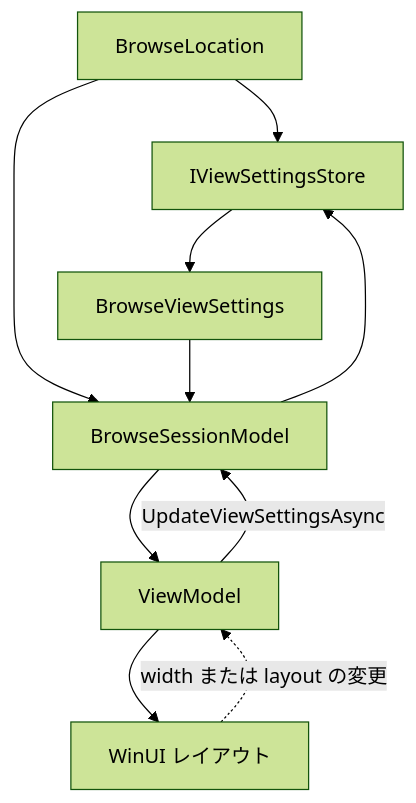
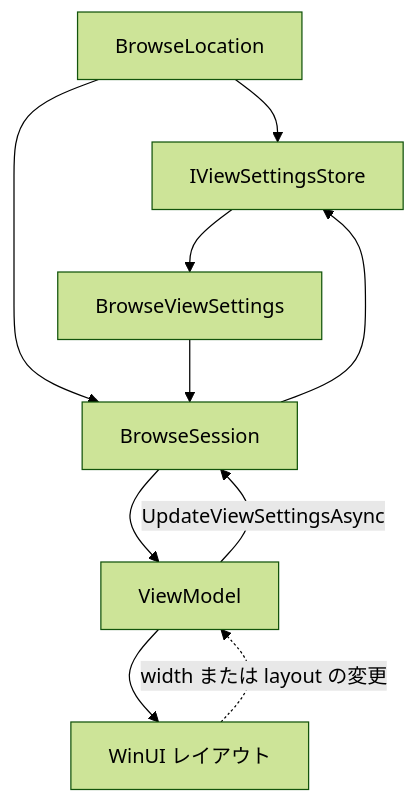
One commit to 0x5bfa/ReFiles changed the first of 3 diagrams in docs/view-settings.md. Above: the diagram before and after it, drawn with Mermaid (forest theme). The commit also changed other lines of this file and 93 other files, not shown here.

Commit message:
Rearchitect application state management

````diff
--- a/docs/view-settings.md
+++ b/docs/view-settings.md
@@ -8,19 +8,19 @@
 ```mermaid
 flowchart TD
     Location["BrowseLocation"]
     Store["IViewSettingsStore"]
-    Session["BrowseSessionModel"]
+    Session["BrowseSession"]
     Settings["BrowseViewSettings"]
     VM["ViewModel"]
     View["WinUI レイアウト"]
 
     Location --> Store
     Store --> Settings
     Location --> Session
     Settings --> Session
     Session --> VM
     VM --> View
     View -. width または layout の変更 .-> VM
     VM -->|UpdateViewSettingsAsync| Session
     Session --> Store
 ```
````
